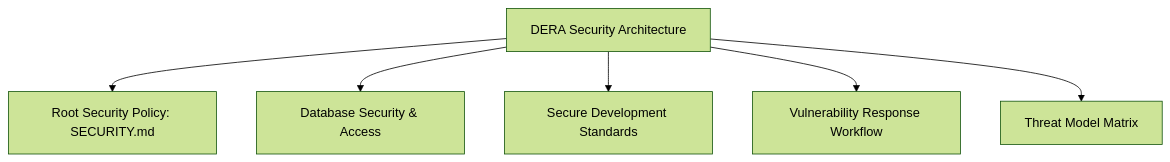
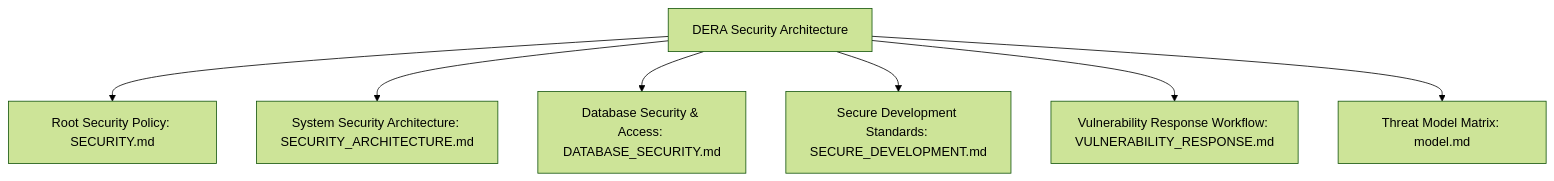
Before and after one commit to krishanth7/dera: the diagram in docs/security/README.md, drawn with Mermaid (forest theme). The commit also changed other lines of this file and 1 other file, not shown here.

Commit message:
docs(security): align architectural security documentation

````diff
--- a/docs/security/README.md
+++ b/docs/security/README.md
@@ -22,15 +23,17 @@
 ```mermaid
 flowchart TD
     SEC[DERA Security Architecture]
     POLICY[Root Security Policy: SECURITY.md]
-    DB_SEC[Database Security & Access]
-    DEV_SEC[Secure Development Standards]
-    RESP[Vulnerability Response Workflow]
-    THREAT[Threat Model Matrix]
+    ARCH[System Security Architecture: SECURITY_ARCHITECTURE.md]
+    DB_SEC[Database Security & Access: DATABASE_SECURITY.md]
+    DEV_SEC[Secure Development Standards: SECURE_DEVELOPMENT.md]
+    RESP[Vulnerability Response Workflow: VULNERABILITY_RESPONSE.md]
+    THREAT[Threat Model Matrix: model.md]
 
     SEC --> POLICY
+    SEC --> ARCH
     SEC --> DB_SEC
     SEC --> DEV_SEC
     SEC --> RESP
     SEC --> THREAT
 ```
````
